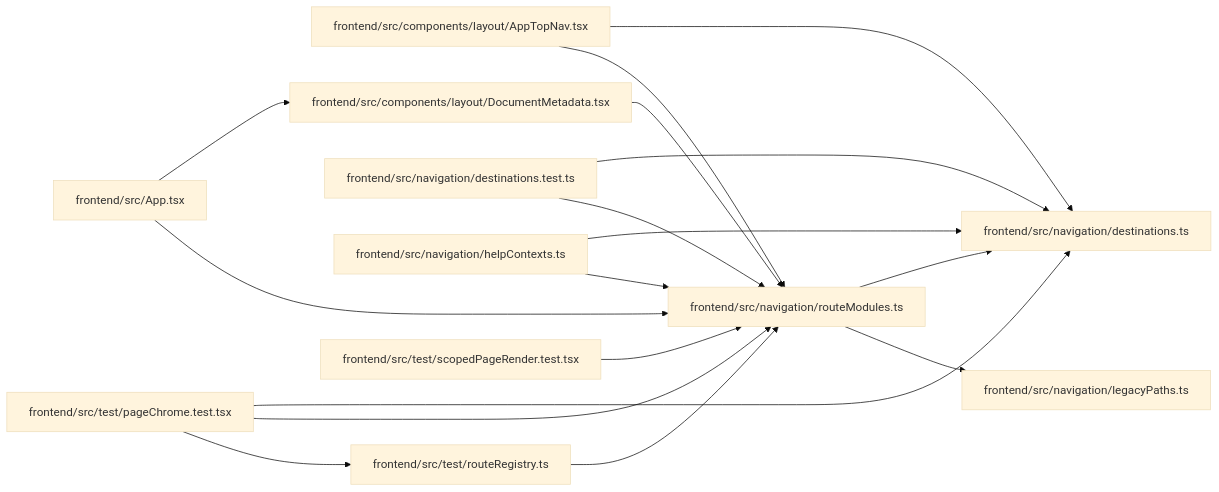
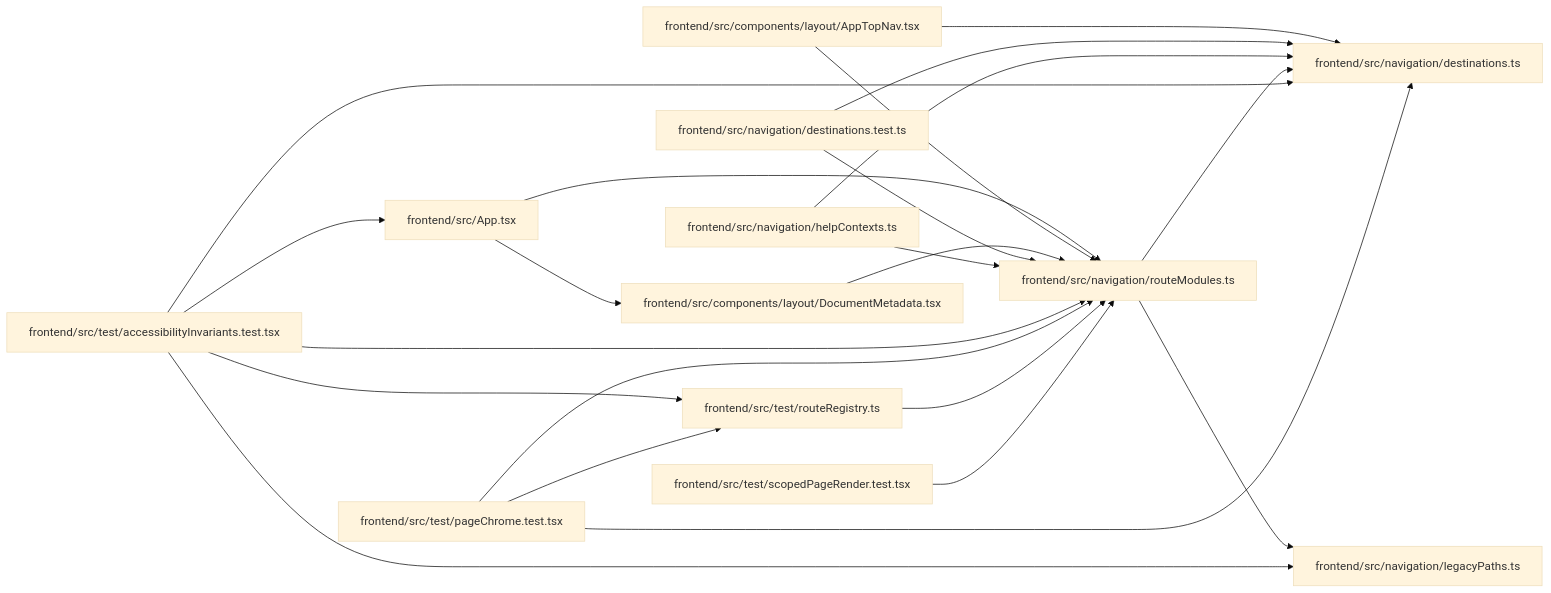
Before and after one commit to Denissvgn/WorkChord: the diagram in docs/llm_wiki/modules/routeModules.md, drawn with Mermaid (base theme). The commit also changed other lines of this file and 897 other files, not shown here.

````diff
--- a/docs/llm_wiki/modules/routeModules.md
+++ b/docs/llm_wiki/modules/routeModules.md
@@ -46,41 +46,48 @@
 ```mermaid
 flowchart LR
     n0["frontend/src/App.tsx"]
     n1["frontend/src/components/layout/AppTopNav.tsx"]
     n2["frontend/src/components/layout/DocumentMetadata.tsx"]
     n3["frontend/src/navigation/destinations.test.ts"]
     n4["frontend/src/navigation/destinations.ts"]
     n5["frontend/src/navigation/helpContexts.ts"]
     n6["frontend/src/navigation/legacyPaths.ts"]
     n7["frontend/src/navigation/routeModules.ts"]
-    n8["frontend/src/test/pageChrome.test.tsx"]
-    n9["frontend/src/test/routeRegistry.ts"]
-    n10["frontend/src/test/scopedPageRender.test.tsx"]
+    n8["frontend/src/test/accessibilityInvariants.test.tsx"]
+    n9["frontend/src/test/pageChrome.test.tsx"]
+    n10["frontend/src/test/routeRegistry.ts"]
+    n11["frontend/src/test/scopedPageRender.test.tsx"]
     n0 --> n2
     n0 --> n7
     n1 --> n4
     n1 --> n7
     n2 --> n7
     n3 --> n4
     n3 --> n7
     n5 --> n4
     n5 --> n7
     n7 --> n4
     n7 --> n6
+    n8 --> n0
     n8 --> n4
+    n8 --> n6
     n8 --> n7
-    n8 --> n9
+    n8 --> n10
+    n9 --> n4
     n9 --> n7
+    n9 --> n10
     n10 --> n7
+    n11 --> n7
     click n0 "../modules/App.md"
     click n1 "../modules/AppTopNav.md"
     click n2 "../modules/DocumentMetadata.md"
     click n3 "../modules/destinations.test.md"
     click n4 "../modules/destinations.md"
     click n5 "../modules/helpContexts.md"
     click n6 "../modules/legacyPaths.md"
     click n7 "../modules/routeModules.md"
-    click n8 "../modules/pageChrome.test.md"
-    click n9 "../modules/routeRegistry.md"
-    click n10 "../modules/scopedPageRender.test.md"
+    click n8 "../modules/accessibilityInvariants.test.md"
+    click n9 "../modules/pageChrome.test.md"
+    click n10 "../modules/routeRegistry.md"
+    click n11 "../modules/scopedPageRender.test.md"
 ```
````
